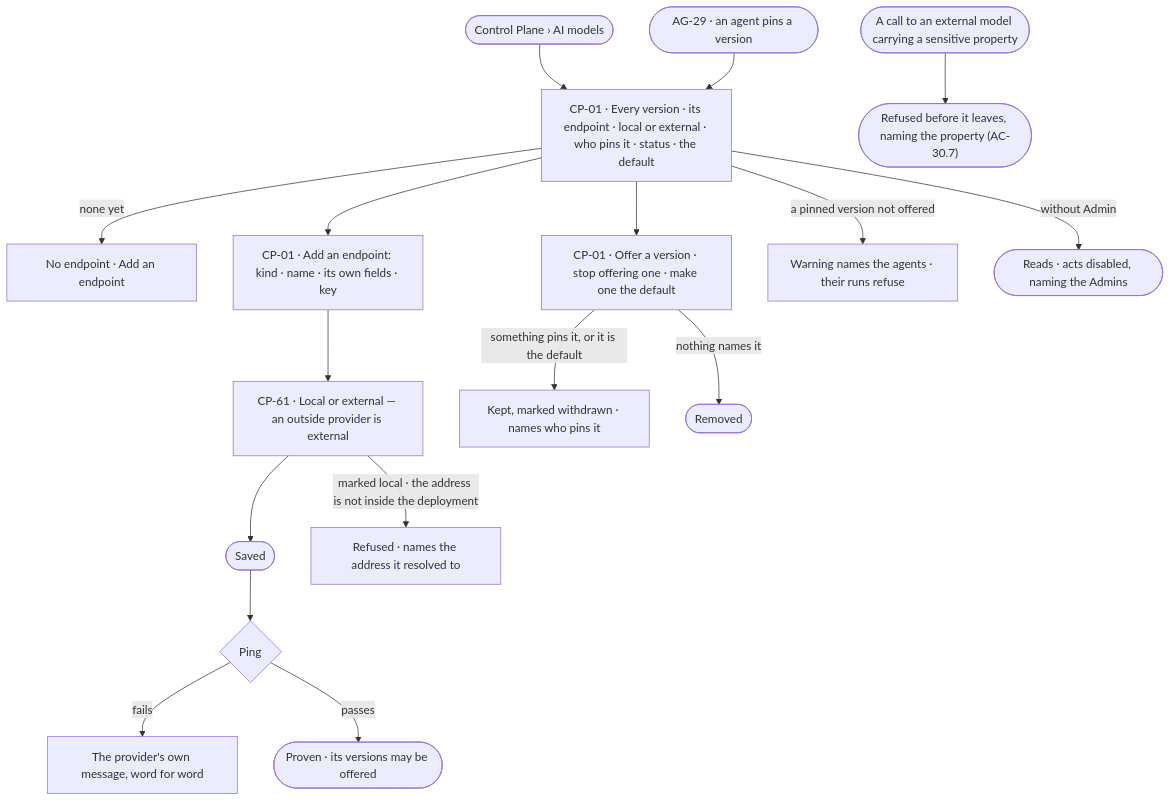
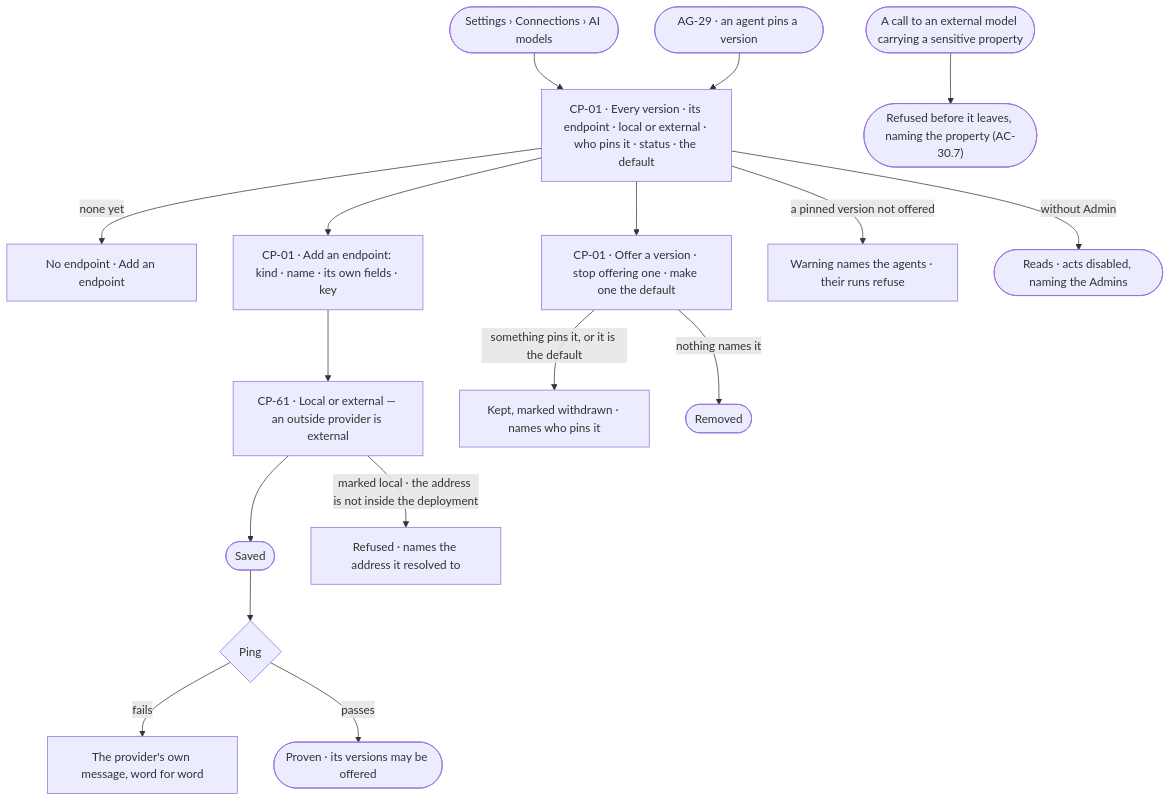
One commit to invana/invana changed the diagram in specs/os/control/features/CP-F01-ai-models/feature.md. Above: the diagram before and after it, drawn with Mermaid. The commit also changed other lines of this file and 106 other files, not shown here.

````diff
--- a/specs/os/control/features/CP-F01-ai-models/feature.md
+++ b/specs/os/control/features/CP-F01-ai-models/feature.md
@@ -24,18 +24,18 @@
 ```mermaid
 flowchart TD
-  s([Control Plane › AI models]) --> l["CP-01 · Every version · its endpoint · local or external · who pins it · status · the default"]
+  s([Settings › Connections › AI models]) --> l["CP-01 · Every version · its endpoint · local or external · who pins it · status · the default"]
   l -->|none yet| e["No endpoint · Add an endpoint"]
   l --> add["CP-01 · Add an endpoint: kind · name · its own fields · key"]
   add --> loc["CP-61 · Local or external — an outside provider is external"]
   loc --> sv(["Saved"]) --> png{"Ping"}
   png -->|fails| pf["The provider's own message, word for word"]
   png -->|passes| ok(["Proven · its versions may be offered"])
   loc -->|marked local · the address is not inside the deployment| nl["Refused · names the address it resolved to"]
   l --> off["CP-01 · Offer a version · stop offering one · make one the default"]
   off -->|something pins it, or it is the default| warn["Kept, marked withdrawn · names who pins it"]
   off -->|nothing names it| rm(["Removed"])
   l -->|a pinned version not offered| nt["Warning names the agents · their runs refuse"]
   l -->|without Admin| ro(["Reads · acts disabled, naming the Admins"])
   pin(["AG-29 · an agent pins a version"]) --> l
   call([A call to an external model carrying a sensitive property]) --> rf(["Refused before it leaves, naming the property (AC-30.7)"])
 ```
````
